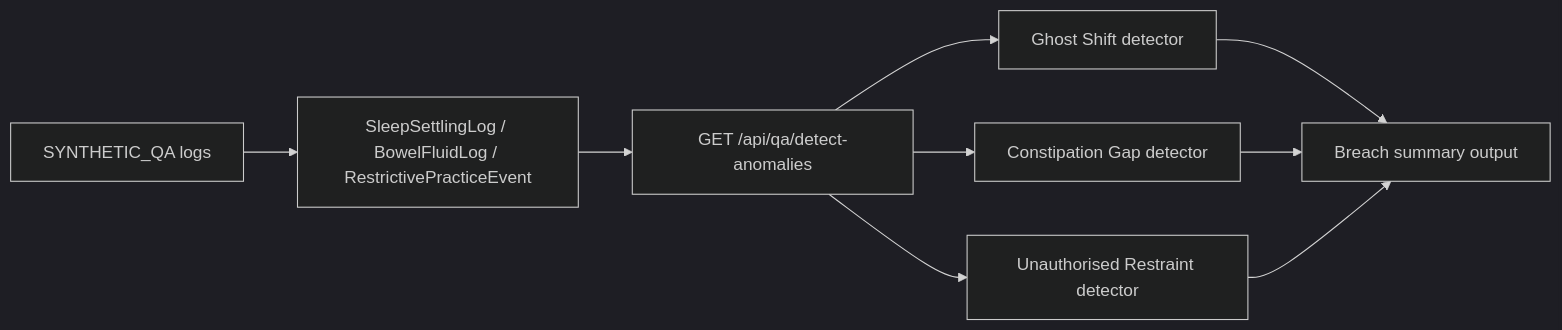
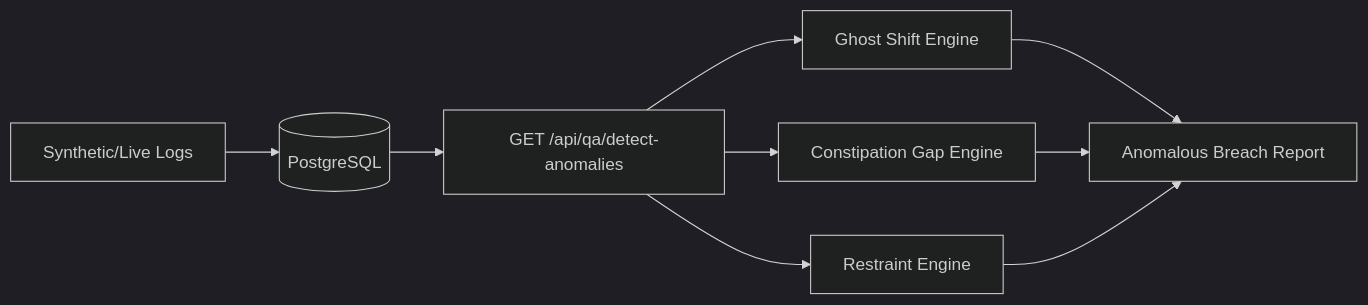
One commit to gUBII/chartgen changed the fourth of 4 diagrams in README.md. Above: the diagram before and after it, drawn with Mermaid (dark theme). The commit also changed other lines of this file and 10 other files, not shown here.

````diff
--- a/README.md
+++ b/README.md
@@ -141,11 +160,11 @@
 ```mermaid
 flowchart LR
-  Synthetic["SYNTHETIC_QA logs"] --> Tables["SleepSettlingLog / BowelFluidLog / RestrictivePracticeEvent"]
-  Tables --> Detector["GET /api/qa/detect-anomalies"]
-  Detector --> Ghost["Ghost Shift detector"]
-  Detector --> Bowel["Constipation Gap detector"]
-  Detector --> Restraint["Unauthorised Restraint detector"]
-  Ghost --> Summary["Breach summary output"]
-  Bowel --> Summary
-  Restraint --> Summary
+    Source["Synthetic/Live Logs"] --> DB[("PostgreSQL")]
+    DB --> Detector["GET /api/qa/detect-anomalies"]
+    Detector --> Ghost["Ghost Shift Engine"]
+    Detector --> Bowel["Constipation Gap Engine"]
+    Detector --> Restraint["Restraint Engine"]
+    Ghost --> Report["Anomalous Breach Report"]
+    Bowel --> Report
+    Restraint --> Report
 ```
````
